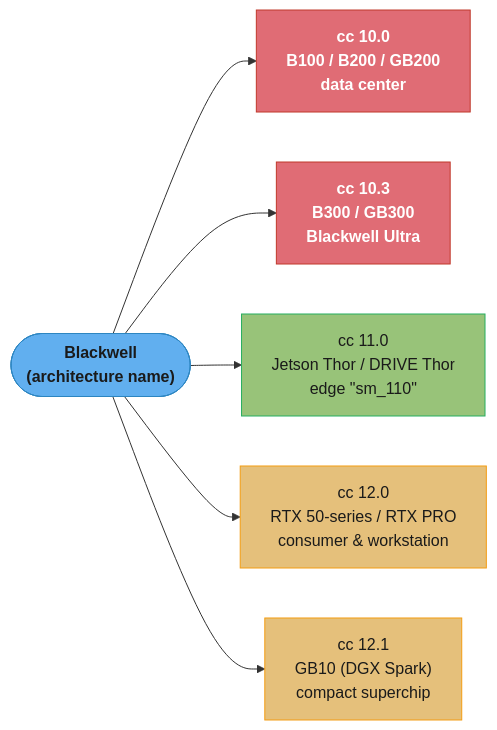
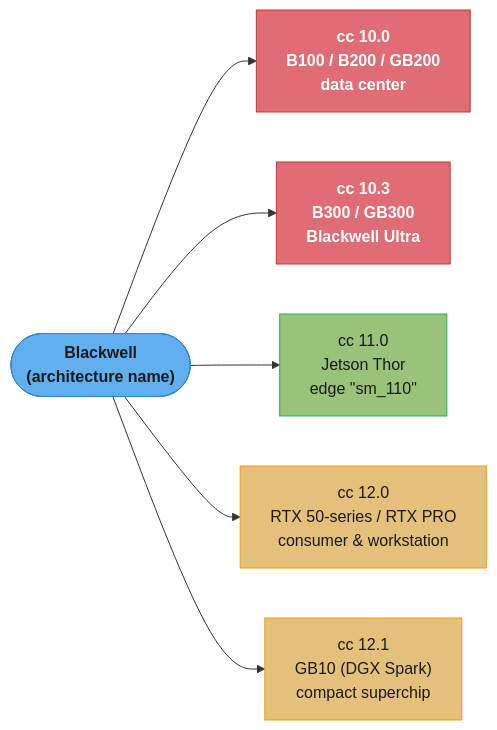
The first of 2 diagrams in src/main/java/com/rutik/systemdesign/cuda/gpu_hardware_architecture/blackwell_and_rubin_architecture.md (rppol/system-design), drawn with Mermaid before and after one commit. The commit also changed other lines of this file and 10 other files, not shown here.

````diff
--- a/src/main/java/com/rutik/systemdesign/cuda/gpu_hardware_architecture/blackwell_and_rubin_architecture.md
+++ b/src/main/java/com/rutik/systemdesign/cuda/gpu_hardware_architecture/blackwell_and_rubin_architecture.md
@@ -146,19 +147,19 @@
 ```mermaid
 flowchart LR
     classDef arch  fill:#61afef,stroke:#2e86c1,color:#1a1a1a,font-weight:bold
     classDef dc    fill:#e06c75,stroke:#c0392b,color:#fff,font-weight:bold
     classDef edge  fill:#98c379,stroke:#27ae60,color:#1a1a1a
     classDef cons  fill:#e5c07b,stroke:#f39c12,color:#1a1a1a
 
     B(["Blackwell<br/>(architecture name)"])
     B --> CC100["cc 10.0<br/>B100 / B200 / GB200<br/>data center"]
     B --> CC103["cc 10.3<br/>B300 / GB300<br/>Blackwell Ultra"]
-    B --> CC110["cc 11.0<br/>Jetson Thor / DRIVE Thor<br/>edge #quot;sm_110#quot;"]
+    B --> CC110["cc 11.0<br/>Jetson Thor<br/>edge #quot;sm_110#quot;"]
     B --> CC120["cc 12.0<br/>RTX 50-series / RTX PRO<br/>consumer #amp; workstation"]
     B --> CC121["cc 12.1<br/>GB10 (DGX Spark)<br/>compact superchip"]
 
     class B arch
     class CC100,CC103 dc
     class CC110 edge
     class CC120,CC121 cons
 ```
````
